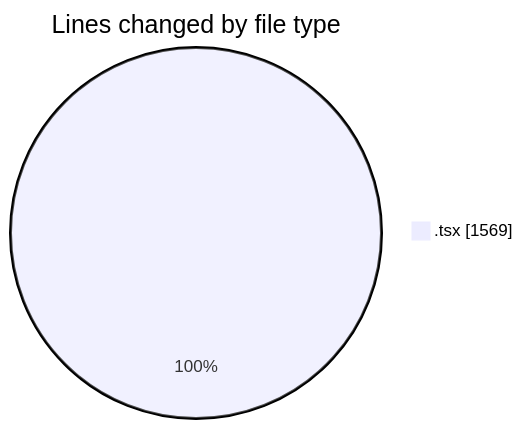
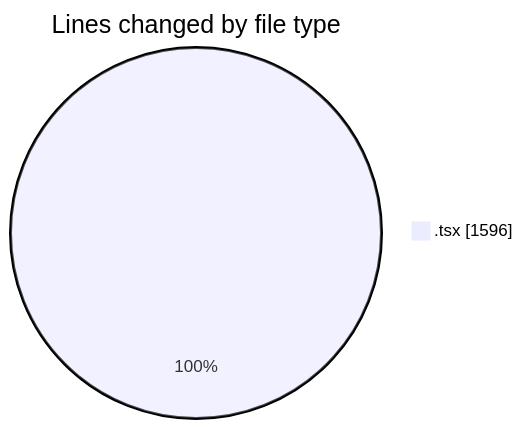
One commit to nxtqubesakshisongat/code-tracking changed the first of 2 diagrams in 2026-06-23/nxtqube_webapp/README.md. Above: the diagram before and after it, drawn with Mermaid. The commit also changed other lines of this file and 1 other file, not shown here.

````diff
--- a/2026-06-23/nxtqube_webapp/README.md
+++ b/2026-06-23/nxtqube_webapp/README.md
@@ -20,5 +20,5 @@
 ```mermaid
 pie showData
 title Lines changed by file type
-".tsx" : 1569
+".tsx" : 1596
 ```
````
